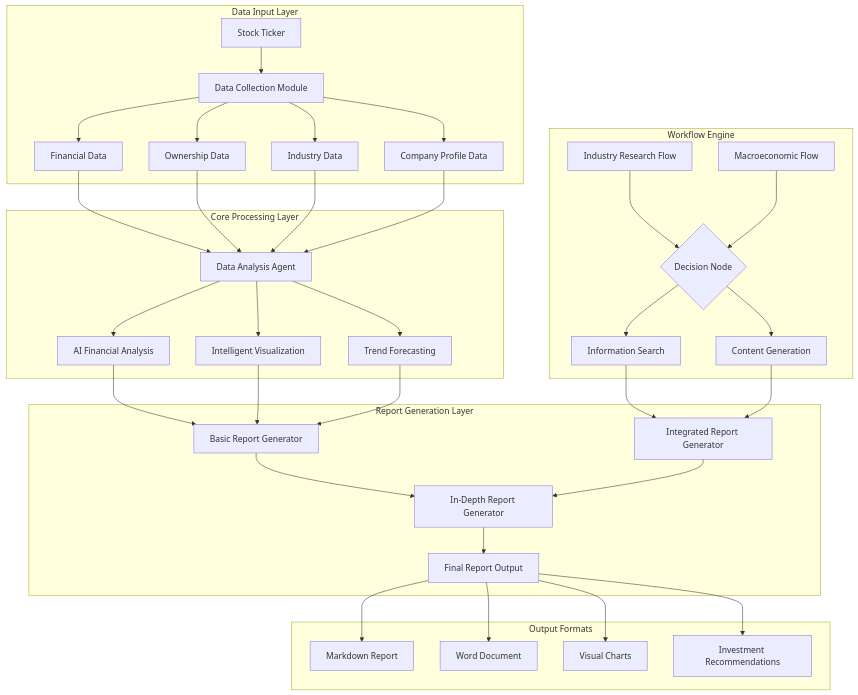
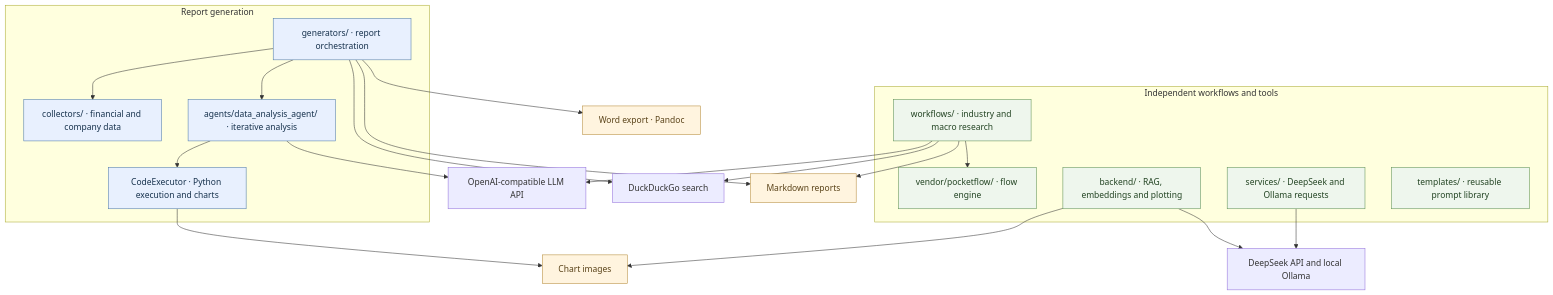
Before and after one commit to Zicheng-Xie/Agent-powered-Financial-Multimodal-Report-Generator: the diagram in README.md, drawn with Mermaid. The commit also changed other lines of this file and 91 other files, not shown here.

Commit message:
Organize project modules and refresh bilingual architecture documentation

````diff
--- a/README.md
+++ b/README.md
@@ -29,45 +24,47 @@
 ```mermaid
 flowchart TB
-    subgraph Data_Input_Layer["Data Input Layer"]
-        A["Stock Ticker"] --> B["Data Collection Module"]
-        B --> C["Financial Data"]
-        B --> D["Ownership Data"]
-        B --> E["Industry Data"]
-        B --> F["Company Profile Data"]
+    subgraph Reports["Report generation"]
+        G["generators/ · report orchestration"]
+        C["collectors/ · financial and company data"]
+        A["agents/data_analysis_agent/ · iterative analysis"]
+        E["CodeExecutor · Python execution and charts"]
+        G --> C
+        G --> A
+        A --> E
     end
 
-    subgraph Core_Processing_Layer["Core Processing Layer"]
-        C --> G["Data Analysis Agent"]
-        D --> G
-        E --> G
-        F --> G
-        G --> H["AI Financial Analysis"]
-        G --> I["Intelligent Visualization"]
-        G --> J["Trend Forecasting"]
+    subgraph Tools["Independent workflows and tools"]
+        W["workflows/ · industry and macro research"]
+        P["vendor/pocketflow/ · flow engine"]
+        B["backend/ · RAG, embeddings and plotting"]
+        S["services/ · DeepSeek and Ollama requests"]
+        T["templates/ · reusable prompt library"]
+        W --> P
     end
 
-    subgraph Workflow_Engine["Workflow Engine"]
-        K["Industry Research Flow"] --> L{"Decision Node"}
-        M["Macroeconomic Flow"] --> L
-        L --> N["Information Search"]
-        L --> O["Content Generation"]
-    end
+    L["OpenAI-compatible LLM API"]
+    D["DeepSeek API and local Ollama"]
+    Q["DuckDuckGo search"]
+    M["Markdown reports"]
+    I["Chart images"]
+    X["Word export · Pandoc"]
 
-    subgraph Report_Generation_Layer["Report Generation Layer"]
-        H --> P["Basic Report Generator"]
-        I --> P
-        J --> P
-        N --> Q["Integrated Report Generator"]
-        O --> Q
-        P --> R["In-Depth Report Generator"]
-        Q --> R
-        R --> S["Final Report Output"]
-    end
+    A --> L
+    G --> Q
+    G --> M
+    G --> X
+    E --> I
+    W --> L
+    W --> Q
+    W --> M
+    B --> D
+    B --> I
+    S --> D
 
-    subgraph Output_Formats["Output Formats"]
-        S --> T["Markdown Report"]
-        S --> U["Word Document"]
-        S --> V["Visual Charts"]
-        S --> W["Investment Recommendations"]
-    end
+    classDef core fill:#e8f0fe,stroke:#4c78a8,color:#17324d
+    classDef tool fill:#eef6ed,stroke:#5b8f52,color:#234423
+    classDef output fill:#fff4df,stroke:#b58a38,color:#5a4319
+    class G,C,A,E core
+    class W,P,B,S,T tool
+    class M,I,X output
 ```
````
